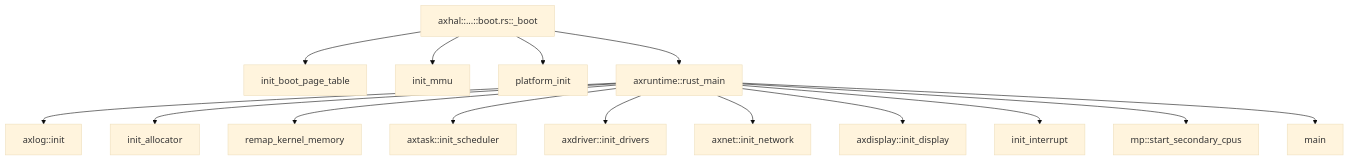
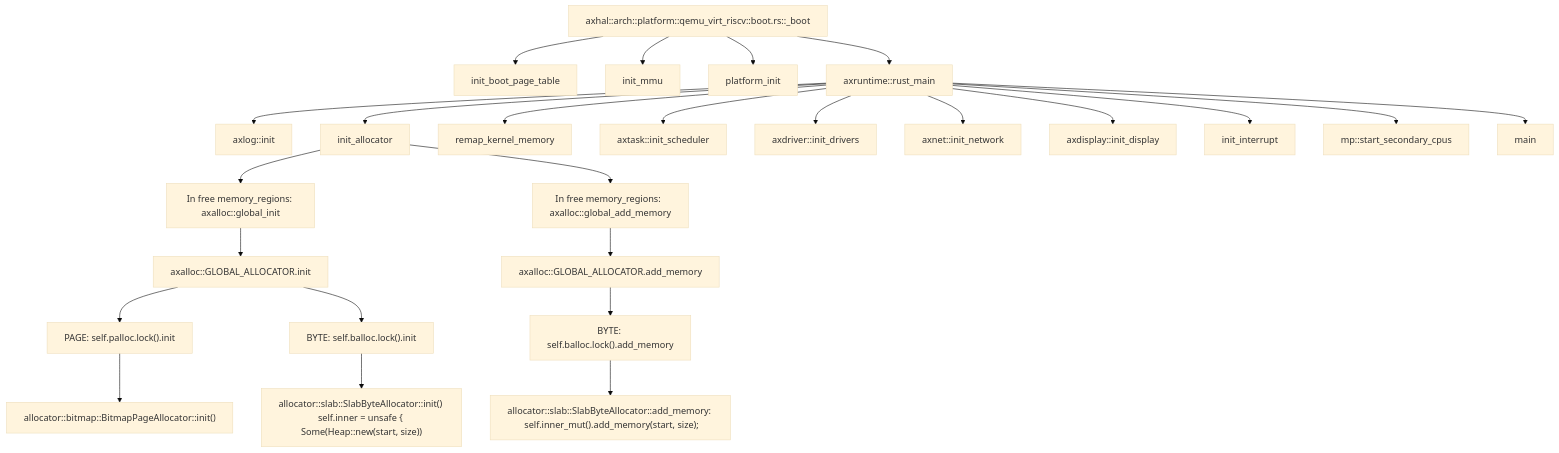
Before and after one commit to arceos-org/arceos: the diagram in doc/init.md, drawn with Mermaid (base theme). The commit also changed 3 other files, not shown here.

````diff
--- a/doc/init.md
+++ b/doc/init.md
@@ -1,17 +1,27 @@
 ```mermaid
 graph TD;
-    A[axhal::...::boot.rs::_boot] --> init_boot_page_table;
+    A[axhal::arch::platform::qemu_virt_riscv::boot.rs::_boot] --> init_boot_page_table;
     A --> init_mmu;
     A --> platform_init;
     A --> B[axruntime::rust_main];
     B --> axlog::init;
-    B --> init_allocator;
+    B --> D[init_allocator];
     B --> remap_kernel_memory;
     B --> axtask::init_scheduler;
     B --> axdriver::init_drivers;
     B --> axnet::init_network;
     B --> axdisplay::init_display;
     B --> init_interrupt;
     B --> mp::start_secondary_cpus;
     B --> C[main];
+    D --> E["In free memory_regions: axalloc::global_init"];
+    D --> F["In free memory_regions:  axalloc::global_add_memory"];
+    E --> G[axalloc::GLOBAL_ALLOCATOR.init];
+    F --> H[axalloc::GLOBAL_ALLOCATOR.add_memory];
+    G --> I["PAGE: self.palloc.lock().init"];
+    G --> J["BYTE: self.balloc.lock().init"];
+    H --> K["BYTE: self.balloc.lock().add_memory"];
+    I --> M["allocator::bitmap::BitmapPageAllocator::init()"];
+    J -->L["allocator::slab::SlabByteAllocator::init() self.inner = unsafe { Some(Heap::new(start, size))"];
+    K --> N["allocator::slab::SlabByteAllocator::add_memory:  self.inner_mut().add_memory(start, size);"];
 ```
````
